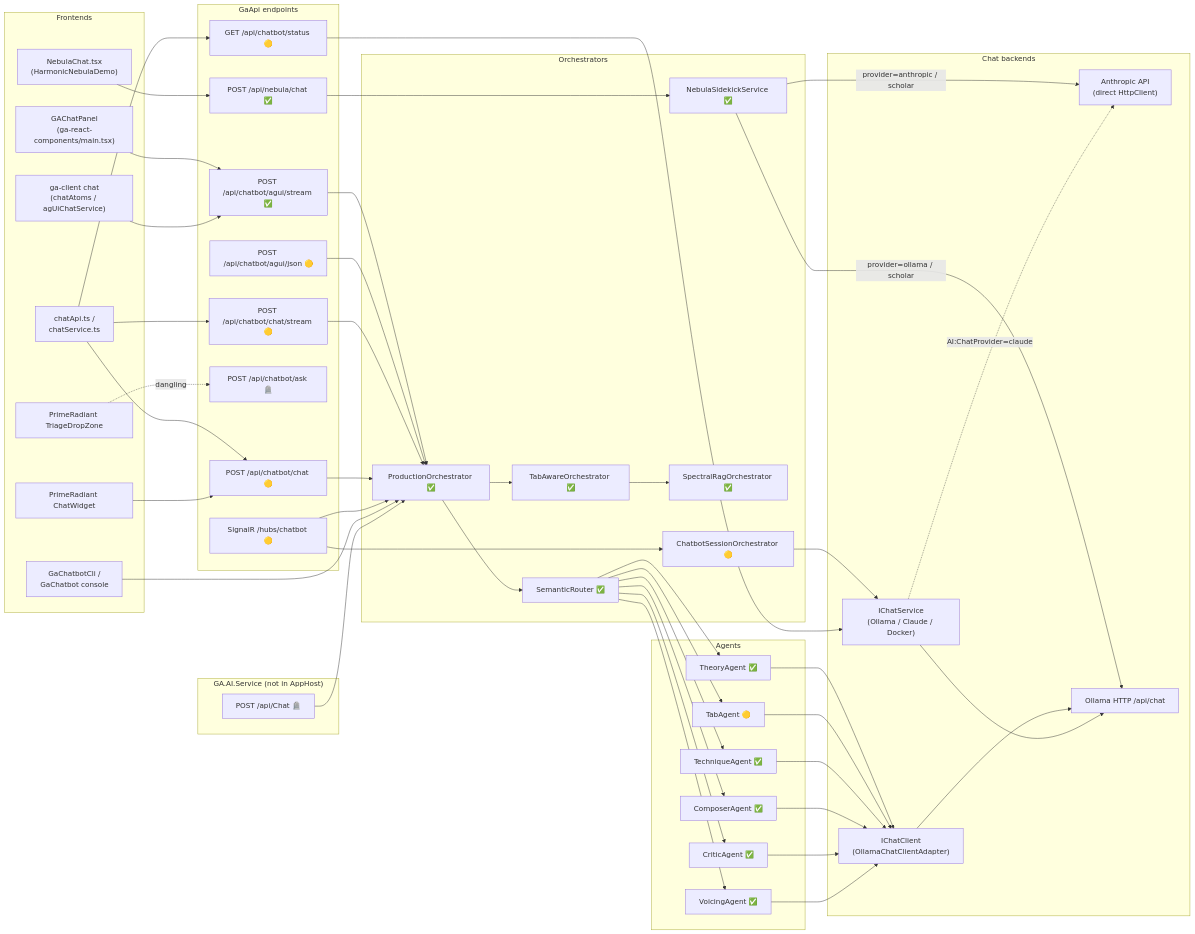
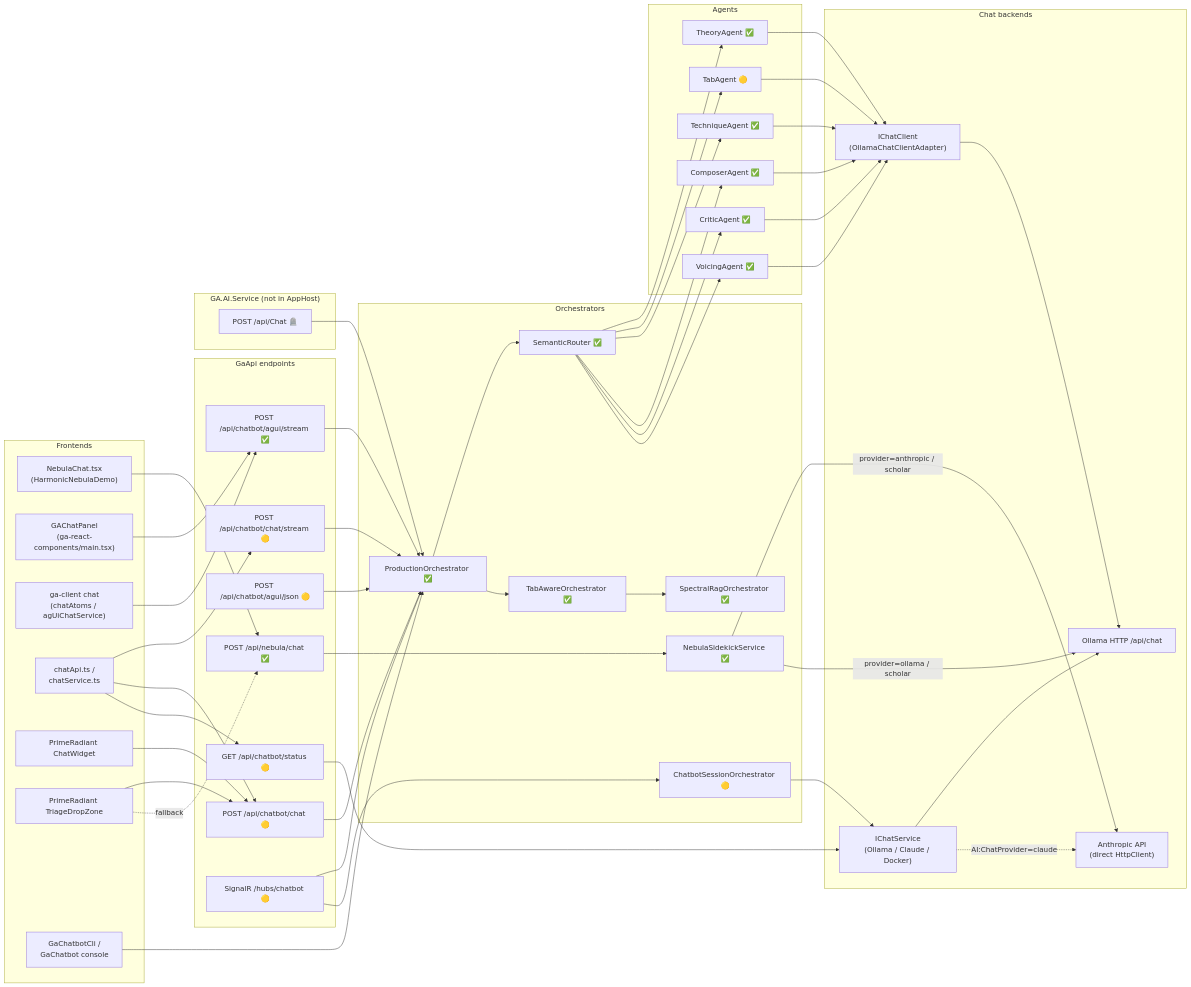
Before and after one commit to GuitarAlchemist/ga: the diagram in docs/architecture/chat-surfaces.md, drawn with Mermaid. The commit also changed other lines of this file and 9 other files, not shown here.

Commit message:
fix(chatbot): remove dangling triage ask endpoint

```diff
--- a/docs/architecture/chat-surfaces.md
+++ b/docs/architecture/chat-surfaces.md
@@ -257,7 +281,6 @@
         AGJ["POST /api/chatbot/agui/json 🟡"]
         CCS["POST /api/chatbot/chat/stream 🟡"]
         CC["POST /api/chatbot/chat 🟡"]
-        ASK["POST /api/chatbot/ask 🪦"]
         STAT["GET /api/chatbot/status 🟡"]
         HUB["SignalR /hubs/chatbot 🟡"]
     end
@@ -308,7 +331,8 @@
     CHATAPI --> CC
     CHATAPI --> STAT
     CW --> CC
-    TDZ -.dangling.-> ASK
+    TDZ --> CC
+    TDZ -.fallback.-> NEB
 
     CCS --> PROD
     CC --> PROD
```
